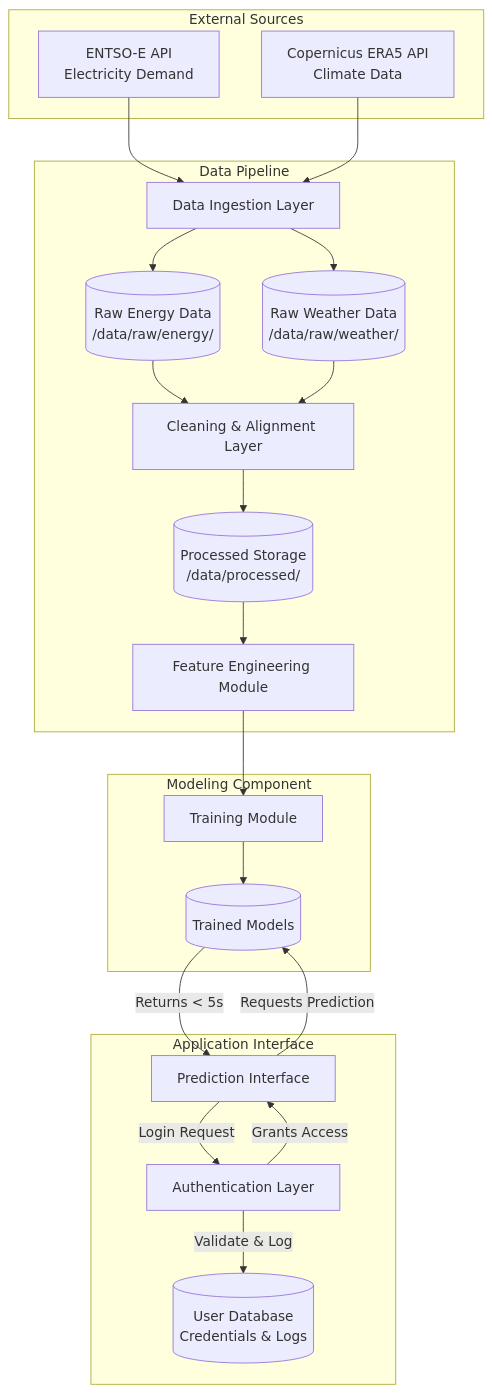
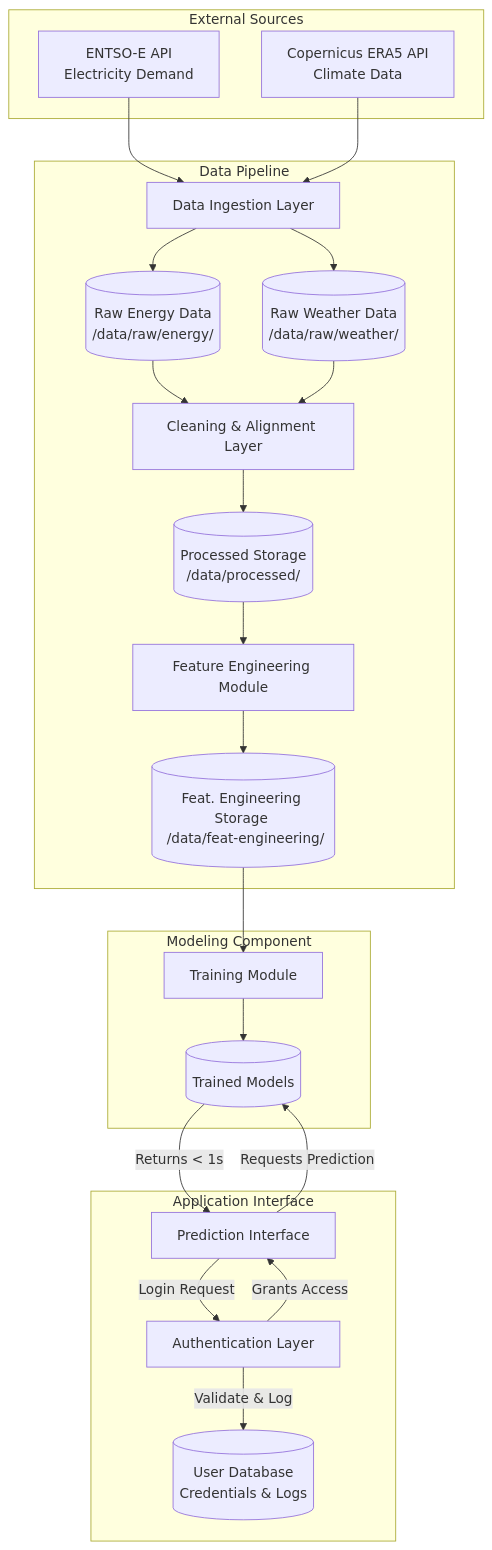
Before and after one commit to Pedr0S22/climate-driven-energy-demand-analytics-system: the diagram in Architecture/ARCHITECTURE.md, drawn with Mermaid. The commit also changed other lines of this file, not shown here.

````diff
--- a/Architecture/ARCHITECTURE.md
+++ b/Architecture/ARCHITECTURE.md
@@ -10,50 +10,52 @@
 ```mermaid
 flowchart TD
     %% External Sources
     subgraph External Sources
         ENTSOE[ENTSO-E API <br> Electricity Demand]
         ERA5[Copernicus ERA5 API <br> Climate Data]
     end
 
     %% Data Ingestion & Storage
     subgraph Data Pipeline
         Ingestion[Data Ingestion Layer]
         RawEnergy[(Raw Energy Data <br> /data/raw/energy/)]
         RawWeather[(Raw Weather Data <br> /data/raw/weather/)]
         Cleaning[Cleaning & Alignment Layer]
         ProcStorage[(Processed Storage <br> /data/processed/)]
         FeatEng[Feature Engineering Module]
+        FeatStorage[(Feat. Engineering Storage <br> /data/feat-engineering/)]
     end
 
     %% Machine Learning Core
     subgraph Modeling Component
         Trainer[Training Module]
         Models[(Trained Models)]
     end
 
     %% User Interaction & Security
     subgraph Application Interface
         UI[Prediction Interface]
         Auth[Authentication Layer]
         UserDB[(User Database <br> Credentials & Logs)]
     end
 
     %% Connections
     ENTSOE --> Ingestion
     ERA5 --> Ingestion
     Ingestion --> RawEnergy
     Ingestion --> RawWeather
     RawEnergy --> Cleaning
     RawWeather --> Cleaning
     Cleaning --> ProcStorage
     ProcStorage --> FeatEng
-    FeatEng --> Trainer
+    FeatEng --> FeatStorage
+    FeatStorage --> Trainer
     Trainer --> Models
 
     UI -- Login Request --> Auth
     Auth -- Validate & Log --> UserDB
     Auth -- Grants Access --> UI
     
     UI -- Requests Prediction --> Models
-    Models -- Returns < 5s --> UI
+    Models -- Returns < 1s --> UI
 ```
````
